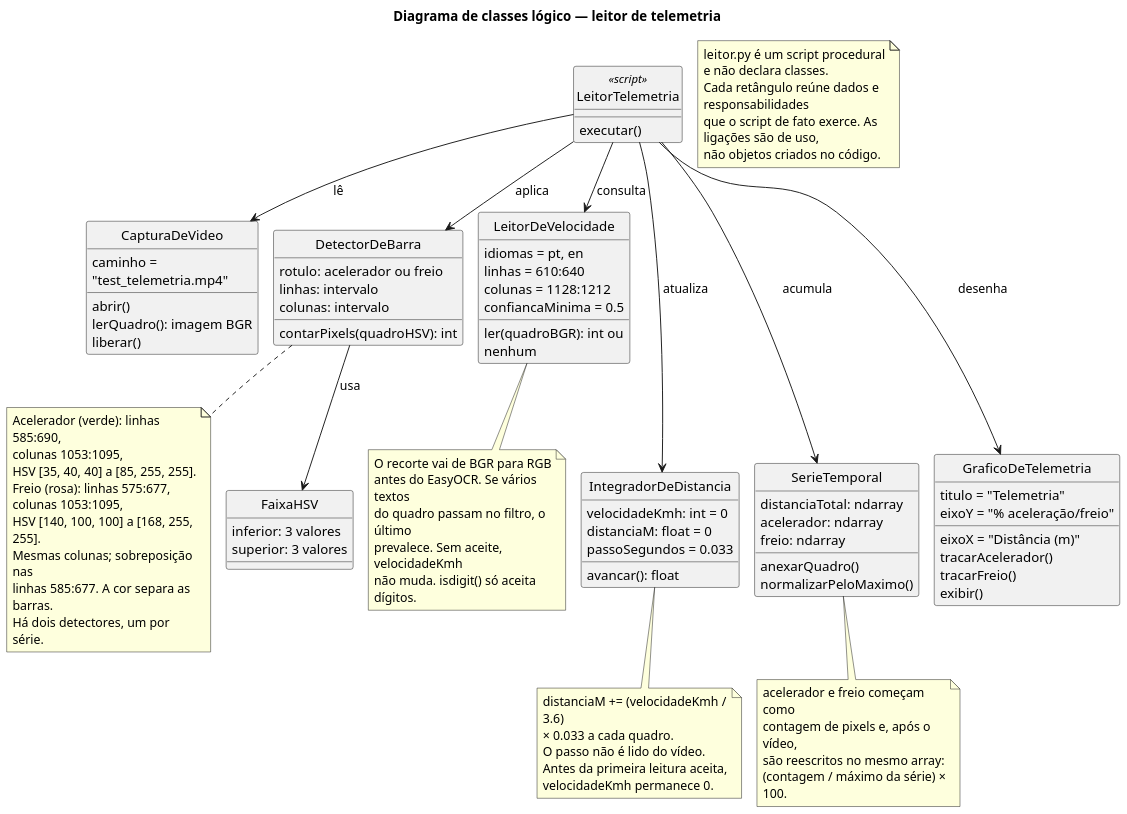
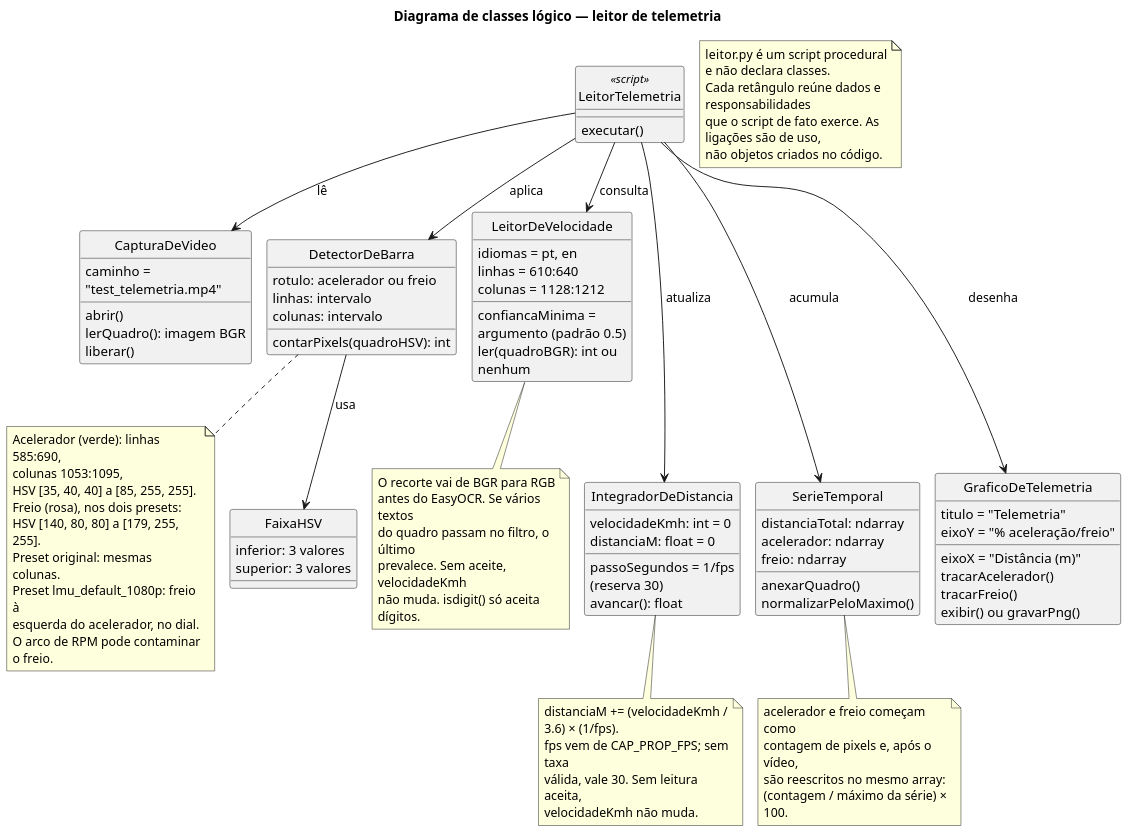
The diagram in docs/diagramas/diagrama-classes.puml (Matheus-Hen/telemetria_cloud), drawn with PlantUML before and after one commit. The commit also changed 10 other files, not shown here.

```diff
--- a/docs/diagramas/diagrama-classes.puml
+++ b/docs/diagramas/diagrama-classes.puml
@@ -1,123 +1,122 @@
 @startuml diagrama-classes
 skinparam shadowing false
 skinparam dpi 140
 skinparam backgroundColor white
 skinparam classAttributeIconSize 0
 skinparam wrapWidth 200
 skinparam ranksep 28
 skinparam nodesep 16
 hide circle
 
 title Diagrama de classes lógico — leitor de telemetria
 
 note as Escopo
   leitor.py é um script procedural e não declara classes.
   Cada retângulo reúne dados e responsabilidades
   que o script de fato exerce. As ligações são de uso,
   não objetos criados no código.
 end note
 
 class LeitorTelemetria <<script>> {
   executar()
 }
 
 class CapturaDeVideo {
   caminho = "test_telemetria.mp4"
   abrir()
   lerQuadro(): imagem BGR
   liberar()
 }
 
 class FaixaHSV {
   inferior: 3 valores
   superior: 3 valores
 }
 
 class DetectorDeBarra {
   rotulo: acelerador ou freio
   linhas: intervalo
   colunas: intervalo
   contarPixels(quadroHSV): int
 }
 
 class LeitorDeVelocidade {
   idiomas = pt, en
   linhas = 610:640
   colunas = 1128:1212
-  confiancaMinima = 0.5
+  confiancaMinima = argumento (padrão 0.5)
   ler(quadroBGR): int ou nenhum
 }
 
 class IntegradorDeDistancia {
   velocidadeKmh: int = 0
   distanciaM: float = 0
-  passoSegundos = 0.033
+  passoSegundos = 1/fps (reserva 30)
   avancar(): float
 }
 
 class SerieTemporal {
   distanciaTotal: ndarray
   acelerador: ndarray
   freio: ndarray
   anexarQuadro()
   normalizarPeloMaximo()
 }
 
 class GraficoDeTelemetria {
   titulo = "Telemetria"
   eixoX = "Distância (m)"
   eixoY = "% aceleração/freio"
   tracarAcelerador()
   tracarFreio()
-  exibir()
+  exibir() ou gravarPng()
 }
 
 LeitorTelemetria --> CapturaDeVideo : lê
 LeitorTelemetria --> DetectorDeBarra : aplica
 LeitorTelemetria --> LeitorDeVelocidade : consulta
 LeitorTelemetria --> IntegradorDeDistancia : atualiza
 LeitorTelemetria --> SerieTemporal : acumula
 LeitorTelemetria --> GraficoDeTelemetria : desenha
 DetectorDeBarra --> FaixaHSV : usa
 
 CapturaDeVideo -[hidden]right- DetectorDeBarra
 DetectorDeBarra -[hidden]right- LeitorDeVelocidade
 IntegradorDeDistancia -[hidden]right- SerieTemporal
 SerieTemporal -[hidden]right- GraficoDeTelemetria
 LeitorDeVelocidade -[hidden]down- IntegradorDeDistancia
 
 note bottom of DetectorDeBarra
   Acelerador (verde): linhas 585:690,
   colunas 1053:1095,
   HSV [35, 40, 40] a [85, 255, 255].
-  Freio (rosa): linhas 575:677,
-  colunas 1053:1095,
-  HSV [140, 100, 100] a [168, 255, 255].
-  Mesmas colunas; sobreposição nas
-  linhas 585:677. A cor separa as barras.
-  Há dois detectores, um por série.
+  Freio (rosa), nos dois presets:
+  HSV [140, 80, 80] a [179, 255, 255].
+  Preset original: mesmas colunas.
+  Preset lmu_default_1080p: freio à
+  esquerda do acelerador, no dial.
+  O arco de RPM pode contaminar o freio.
 end note
 
 note bottom of LeitorDeVelocidade
   O recorte vai de BGR para RGB
   antes do EasyOCR. Se vários textos
   do quadro passam no filtro, o último
   prevalece. Sem aceite, velocidadeKmh
   não muda. isdigit() só aceita dígitos.
 end note
 
 note bottom of IntegradorDeDistancia
-  distanciaM += (velocidadeKmh / 3.6)
-  × 0.033 a cada quadro.
-  O passo não é lido do vídeo.
-  Antes da primeira leitura aceita,
-  velocidadeKmh permanece 0.
+  distanciaM += (velocidadeKmh / 3.6) × (1/fps).
+  fps vem de CAP_PROP_FPS; sem taxa
+  válida, vale 30. Sem leitura aceita,
+  velocidadeKmh não muda.
 end note
 
 note bottom of SerieTemporal
   acelerador e freio começam como
   contagem de pixels e, após o vídeo,
   são reescritos no mesmo array:
   (contagem / máximo da série) × 100.
 end note
 @enduml
```
